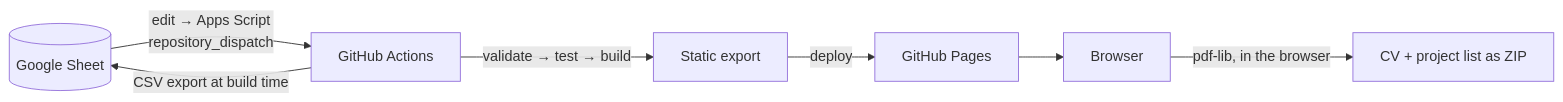
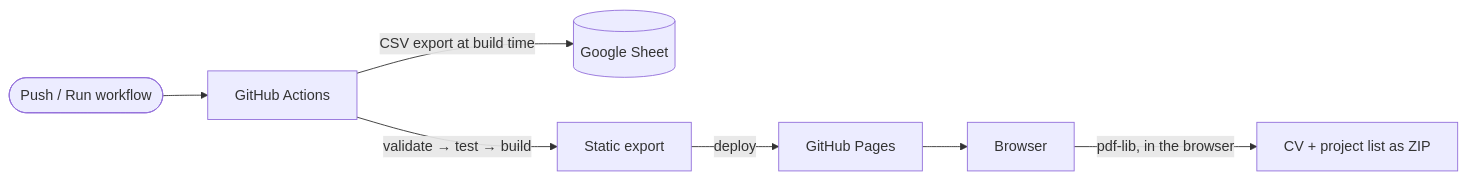
The diagram in README.md (sebastian-grab-smiit/sebastian-grab-smiit.github.io), drawn with Mermaid before and after one commit. The commit also changed other lines of this file and 3 other files, not shown here.

````diff
--- a/README.md
+++ b/README.md
@@ -14,9 +14,9 @@
 ```mermaid
 flowchart LR
-  Sheet[(Google Sheet)] -- "edit → Apps Script<br/>repository_dispatch" --> GH[GitHub Actions]
-  GH -- "CSV export at build time" --> Sheet
+  Dev([Push / Run workflow]) --> GH[GitHub Actions]
+  GH -- "CSV export at build time" --> Sheet[(Google Sheet)]
   GH -- "validate → test → build" --> Out[Static export]
   Out -- deploy --> Pages[GitHub Pages]
   Pages --> Browser
   Browser -- "pdf-lib, in the browser" --> PDF[CV + project list as ZIP]
 ```
````
